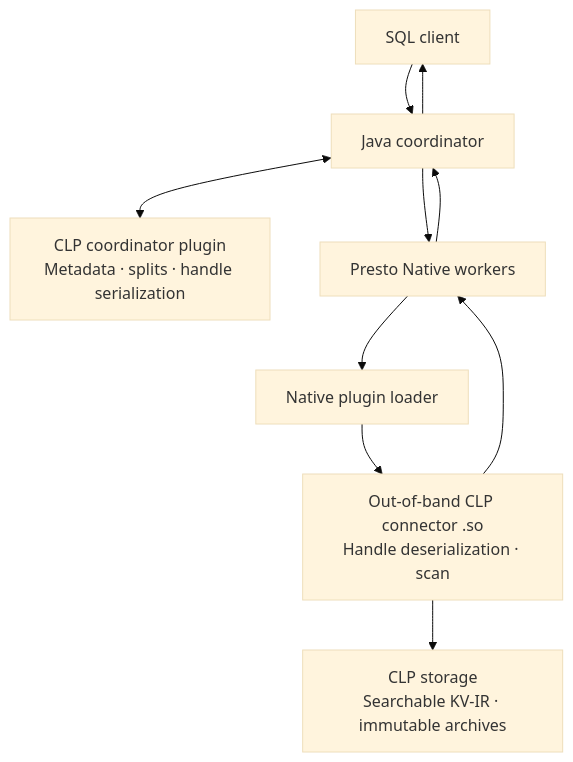
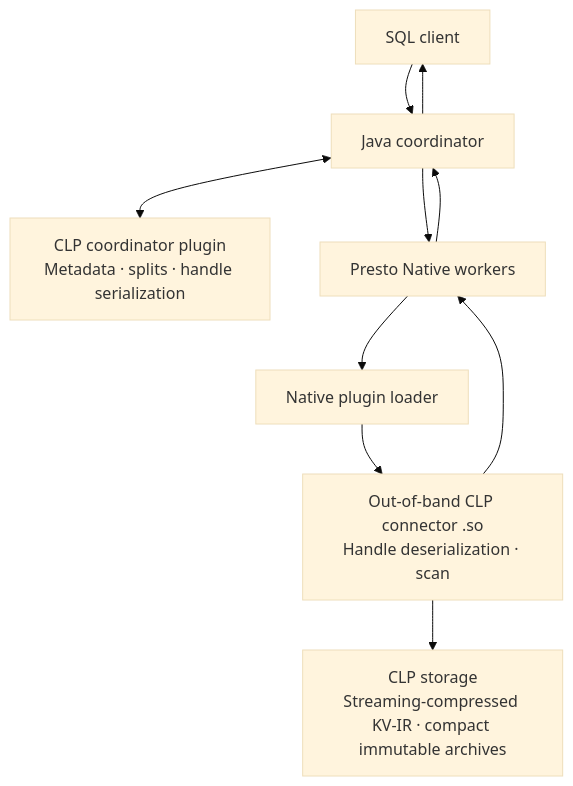
Before and after one commit to y-scope/presto-blogs-collab: the diagram in presto-blog/presto-clp-draft.md, drawn with Mermaid (base theme). The commit also changed other lines of this file and 2 other files, not shown here.

Commit message:
Polish Presto CLP blog narrative

```diff
--- a/presto-blog/presto-clp-draft.md
+++ b/presto-blog/presto-clp-draft.md
@@ -90,20 +90,20 @@
 ~~~mermaid
 flowchart TB
     client["SQL client"]
     coordinator["Java coordinator"]
     javaPlugin["CLP coordinator plugin<br/>Metadata · splits · handle serialization"]
     workers["Presto Native workers"]
     loader["Native plugin loader"]
     plugin["Out-of-band CLP connector .so<br/>Handle deserialization · scan"]
-    storage["CLP storage<br/>Searchable KV-IR · immutable archives"]
+    storage["CLP storage<br/>Streaming-compressed KV-IR · compact immutable archives"]
 
     client --> coordinator
     coordinator <--> javaPlugin
     coordinator --> workers
     workers --> loader
     loader --> plugin
     plugin --> storage
     plugin --> workers
     workers --> coordinator
     coordinator --> client
 ~~~
```
